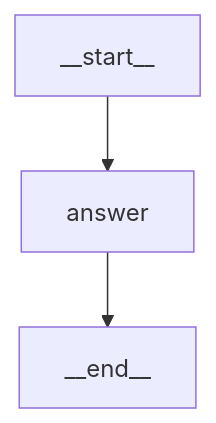
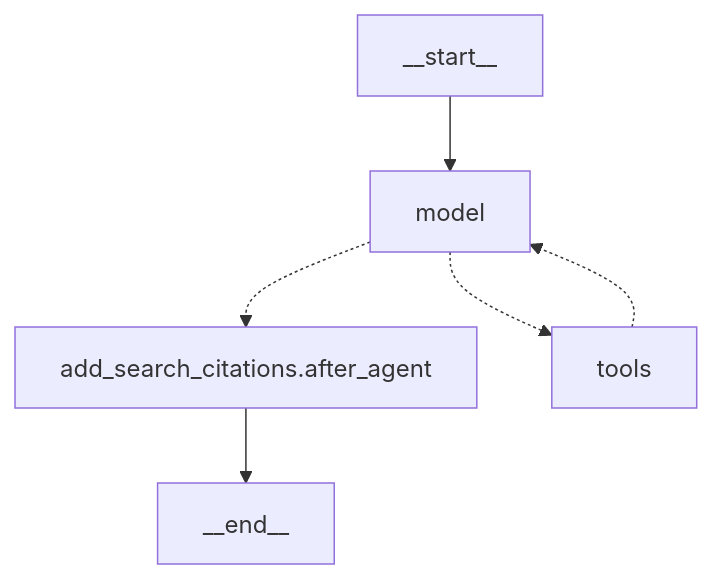
Before and after one commit to ilkersigirci/langgraph-openai-serve: the first of 2 diagrams in docs/demo/graphs/hosted-tool.md, drawn with Mermaid. The commit also changed other lines of this file and 52 other files, not shown here.

````diff
--- a/docs/demo/graphs/hosted-tool.md
+++ b/docs/demo/graphs/hosted-tool.md
@@ -10,5 +16,8 @@
 ```mermaid
-graph TD;
-    __start__ --> answer;
-    answer --> __end__;
+graph TD
+    __start__ --> model
+    model -.-> add_search_citations_after_agent["add_search_citations.after_agent"]
+    model -.-> tools
+    tools -.-> model
+    add_search_citations_after_agent --> __end__
 ```
````
